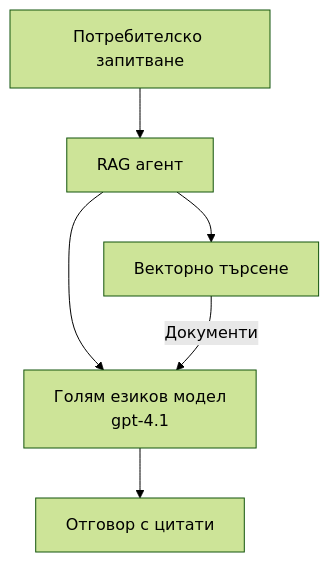
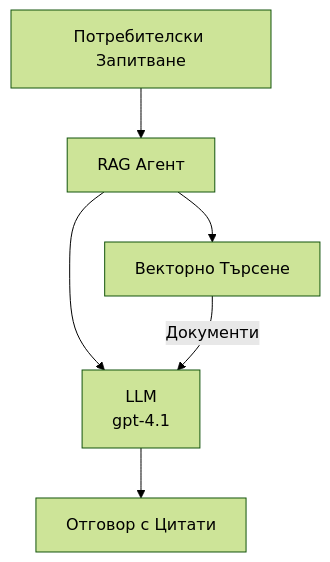
The second of 3 diagrams in translations/bg/docs/chapter-02-ai-development/agents.md (microsoft/AZD-for-beginners), drawn with Mermaid (forest theme) before and after one commit. The commit also changed other lines of this file and 101 other files, not shown here.

````diff
--- a/translations/bg/docs/chapter-02-ai-development/agents.md
+++ b/translations/bg/docs/chapter-02-ai-development/agents.md
@@ -170,8 +175,8 @@
 ```mermaid
 graph TD
-    Query[Потребителско запитване] --> RAG[RAG агент]
-    RAG --> Vector[Векторно търсене]
-    RAG --> LLM[Голям езиков модел<br/>gpt-4.1]
+    Query[Потребителски Запитване] --> RAG[RAG Агент]
+    RAG --> Vector[Векторно Търсене]
+    RAG --> LLM[LLM<br/>gpt-4.1]
     Vector -- Документи --> LLM
-    LLM --> Response[Отговор с цитати]
+    LLM --> Response[Отговор с Цитати]
 ```
````
